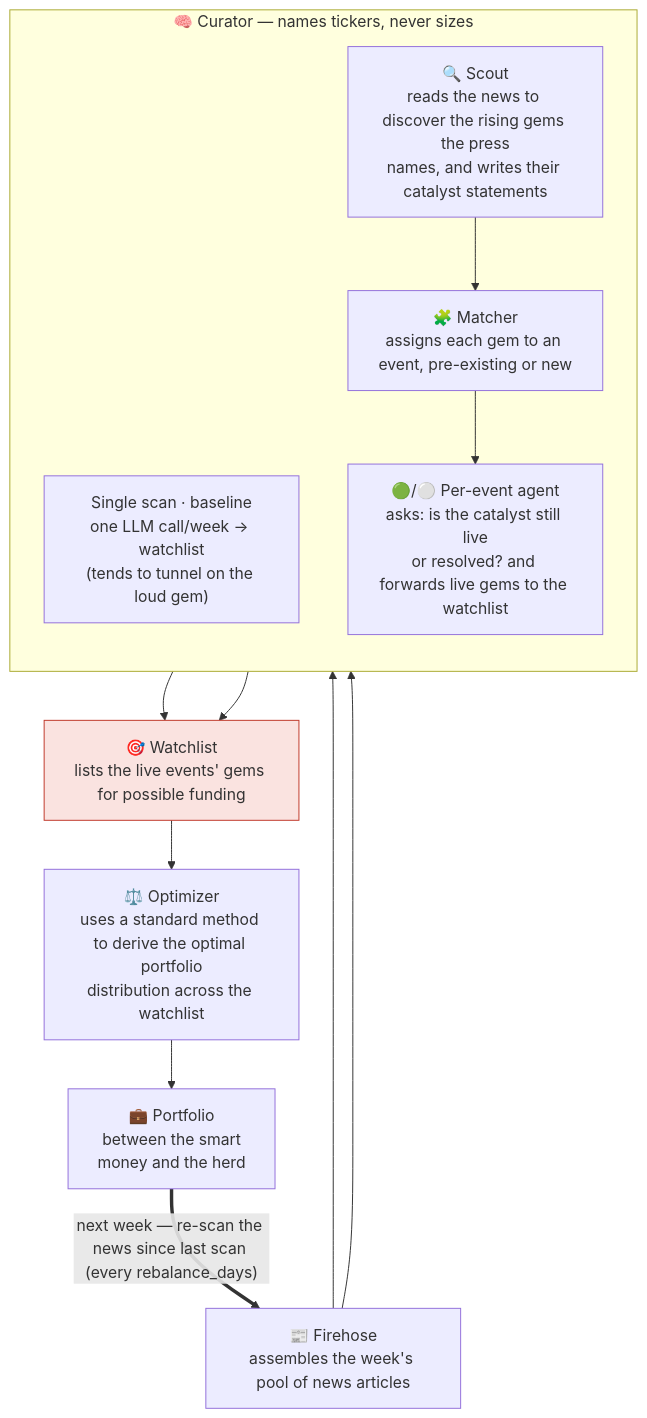
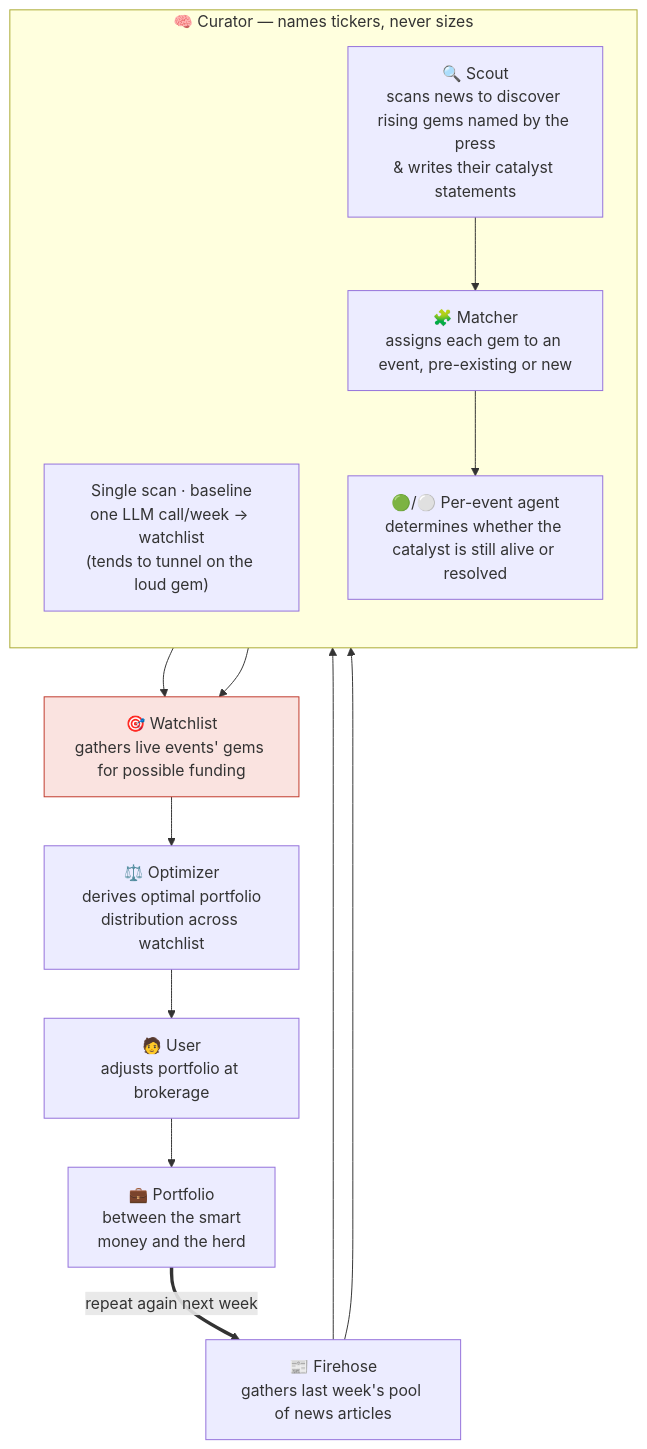
The diagram in README.md (joehahn/geo-herd-rider), drawn with Mermaid before and after one commit.

Commit message:
README: diagram wording + add User/brokerage step, simplify loop label

````diff
--- a/README.md
+++ b/README.md
@@ -18,27 +18,28 @@
 ```mermaid
 flowchart TD
-    S["📰 Firehose<br/>assembles the week's pool of news articles"]
+    S["📰 Firehose<br/>gathers last week's pool of news articles"]
 
     subgraph CUR["🧠 Curator — names tickers, never sizes"]
       direction TB
       SS["Single scan · baseline<br/>one LLM call/week → watchlist<br/>(tends to tunnel on the loud gem)"]
-      SC["🔍 Scout<br/>reads the news to discover the rising gems the press<br/>names, and writes their catalyst statements"]
+      SC["🔍 Scout<br/>scans news to discover rising gems named by the press<br/>& writes their catalyst statements"]
       MA["🧩 Matcher<br/>assigns each gem to an event, pre-existing or new"]
-      AG["🟢/⚪ Per-event agent<br/>asks: is the catalyst still live<br/>or resolved? and forwards live gems to the watchlist"]
+      AG["🟢/⚪ Per-event agent<br/>determines whether the catalyst is still alive or resolved"]
       SC --> MA --> AG
     end
 
-    E["🎯 Watchlist<br/>lists the live events' gems for possible funding"]
-    W["⚖️ Optimizer<br/>uses a standard method to derive the optimal portfolio<br/>distribution across the watchlist"]
+    E["🎯 Watchlist<br/>gathers live events' gems for possible funding"]
+    W["⚖️ Optimizer<br/>derives optimal portfolio<br/>distribution across watchlist"]
+    U["🧑 User<br/>adjusts portfolio at brokerage"]
     B["💼 Portfolio<br/>between the smart<br/>money and the herd"]
 
     S --> SS
     S --> SC
     SS --> E
     AG --> E
-    E --> W --> B
-    B == "next week — re-scan the news since last scan (every rebalance_days)" ==> S
+    E --> W --> U --> B
+    B == "repeat again next week" ==> S
 
     classDef bet fill:#fae3e0,stroke:#c0392b;
     class E bet
 ```
````
